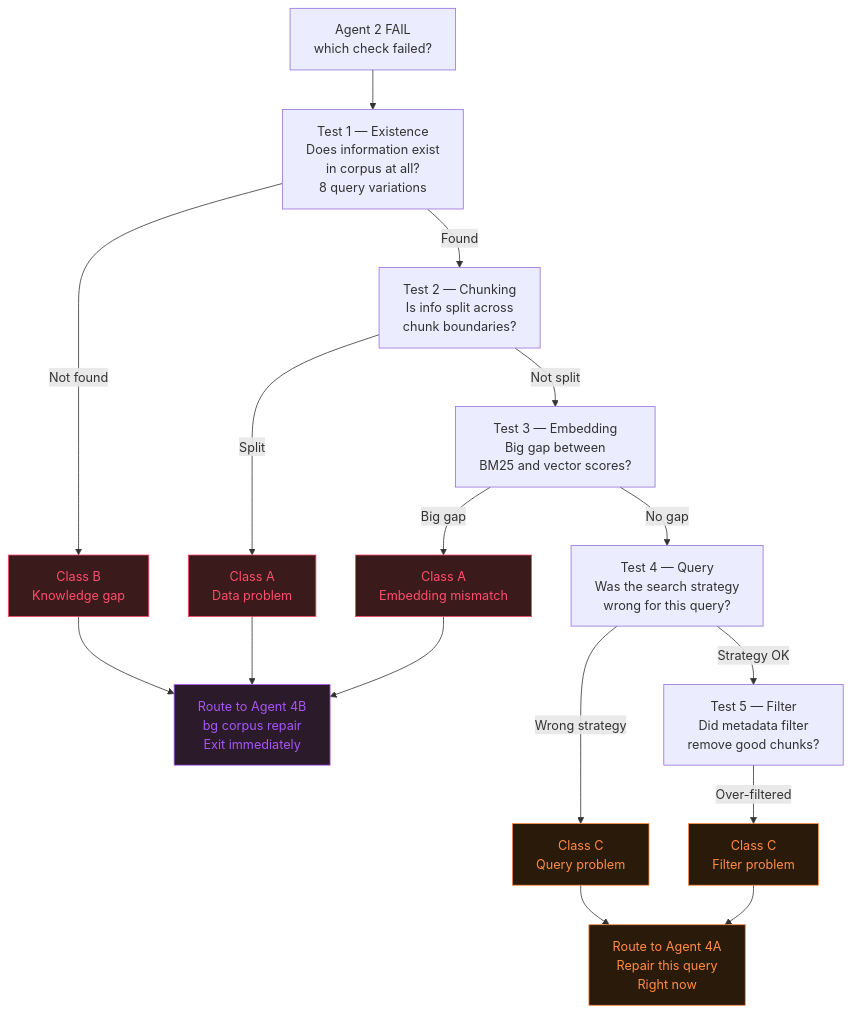
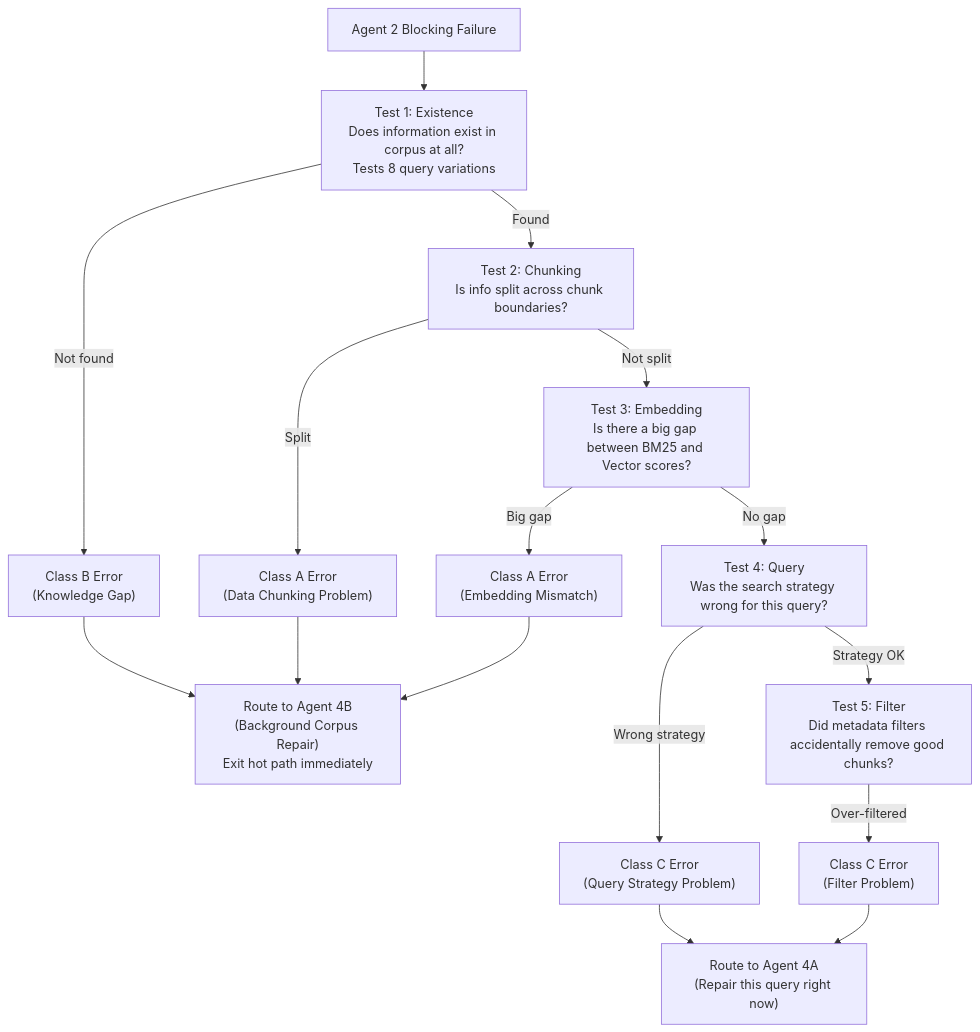
Before and after one commit to pavan939111/SelfLearning_Rag: the fourth of 8 diagrams in ARCHITECTURE.md, drawn with Mermaid. The commit also changed other lines of this file and 1 other file, not shown here.

Commit message:
docs: redesign mermaid diagrams for better colors and missing information

````diff
--- a/ARCHITECTURE.md
+++ b/ARCHITECTURE.md
@@ -127,29 +114,21 @@
 ```mermaid
 flowchart TD
-    FAIL["Agent 2 FAIL\nwhich check failed?"] --> T1
+    FAIL["Agent 2 Blocking Failure"] --> T1
 
-    T1["Test 1 — Existence\nDoes information exist\nin corpus at all?\n8 query variations"] -->|Not found| CA["Class B\nKnowledge gap"]
-    T1 -->|Found| T2
+    T1["Test 1: Existence\nDoes information exist in corpus at all?\nTests 8 query variations"] -->|"Not found"| CA["Class B Error\n(Knowledge Gap)"]
+    T1 -->|"Found"| T2
 
-    T2["Test 2 — Chunking\nIs info split across\nchunk boundaries?"] -->|Split| CB["Class A\nData problem"]
-    T2 -->|Not split| T3
+    T2["Test 2: Chunking\nIs info split across chunk boundaries?"] -->|"Split"| CB["Class A Error\n(Data Chunking Problem)"]
+    T2 -->|"Not split"| T3
 
-    T3["Test 3 — Embedding\nBig gap between\nBM25 and vector scores?"] -->|Big gap| CC["Class A\nEmbedding mismatch"]
-    T3 -->|No gap| T4
+    T3["Test 3: Embedding\nIs there a big gap between BM25 and Vector scores?"] -->|"Big gap"| CC["Class A Error\n(Embedding Mismatch)"]
+    T3 -->|"No gap"| T4
 
-    T4["Test 4 — Query\nWas the search strategy\nwrong for this query?"] -->|Wrong strategy| CD["Class C\nQuery problem"]
-    T4 -->|Strategy OK| T5
+    T4["Test 4: Query\nWas the search strategy wrong for this query?"] -->|"Wrong strategy"| CD["Class C Error\n(Query Strategy Problem)"]
+    T4 -->|"Strategy OK"| T5
 
-    T5["Test 5 — Filter\nDid metadata filter\nremove good chunks?"] -->|Over-filtered| CE["Class C\nFilter problem"]
+    T5["Test 5: Filter\nDid metadata filters accidentally remove good chunks?"] -->|"Over-filtered"| CE["Class C Error\n(Filter Problem)"]
 
-    CA & CB & CC --> ROUTE4B["Route to Agent 4B\nbg corpus repair\nExit immediately"]
-    CD & CE --> ROUTE4A["Route to Agent 4A\nRepair this query\nRight now"]
-
-    style CA fill:#3a1a1a,stroke:#ff4d6d,color:#ff4d6d
-    style CB fill:#3a1a1a,stroke:#ff4d6d,color:#ff4d6d
-    style CC fill:#3a1a1a,stroke:#ff4d6d,color:#ff4d6d
-    style CD fill:#2a1a0a,stroke:#ff8c42,color:#ff8c42
-    style CE fill:#2a1a0a,stroke:#ff8c42,color:#ff8c42
-    style ROUTE4B fill:#2a1a2a,stroke:#a855f7,color:#a855f7
-    style ROUTE4A fill:#2a1a0a,stroke:#ff8c42,color:#ff8c42
+    CA & CB & CC --> ROUTE4B["Route to Agent 4B\n(Background Corpus Repair)\nExit hot path immediately"]
+    CD & CE --> ROUTE4A["Route to Agent 4A\n(Repair this query right now)"]
 ```
````
